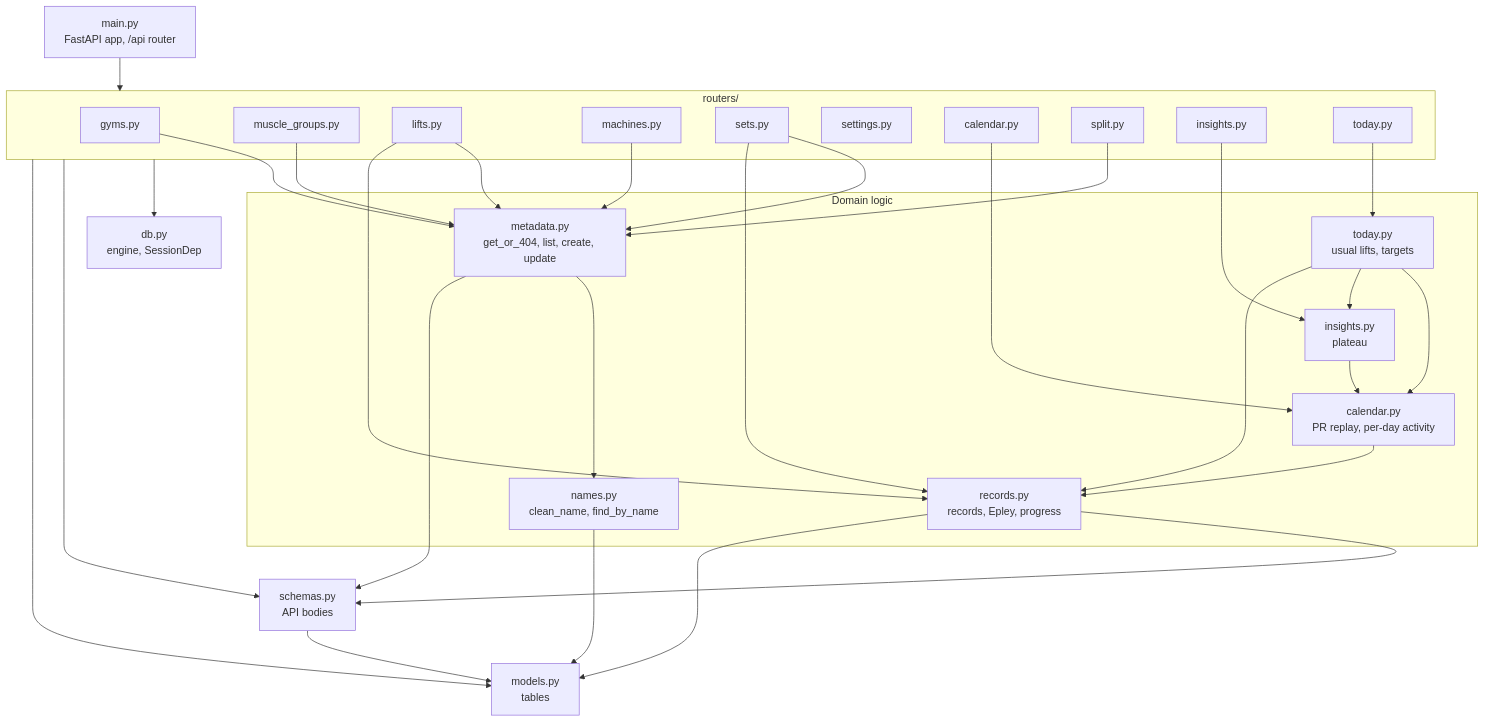
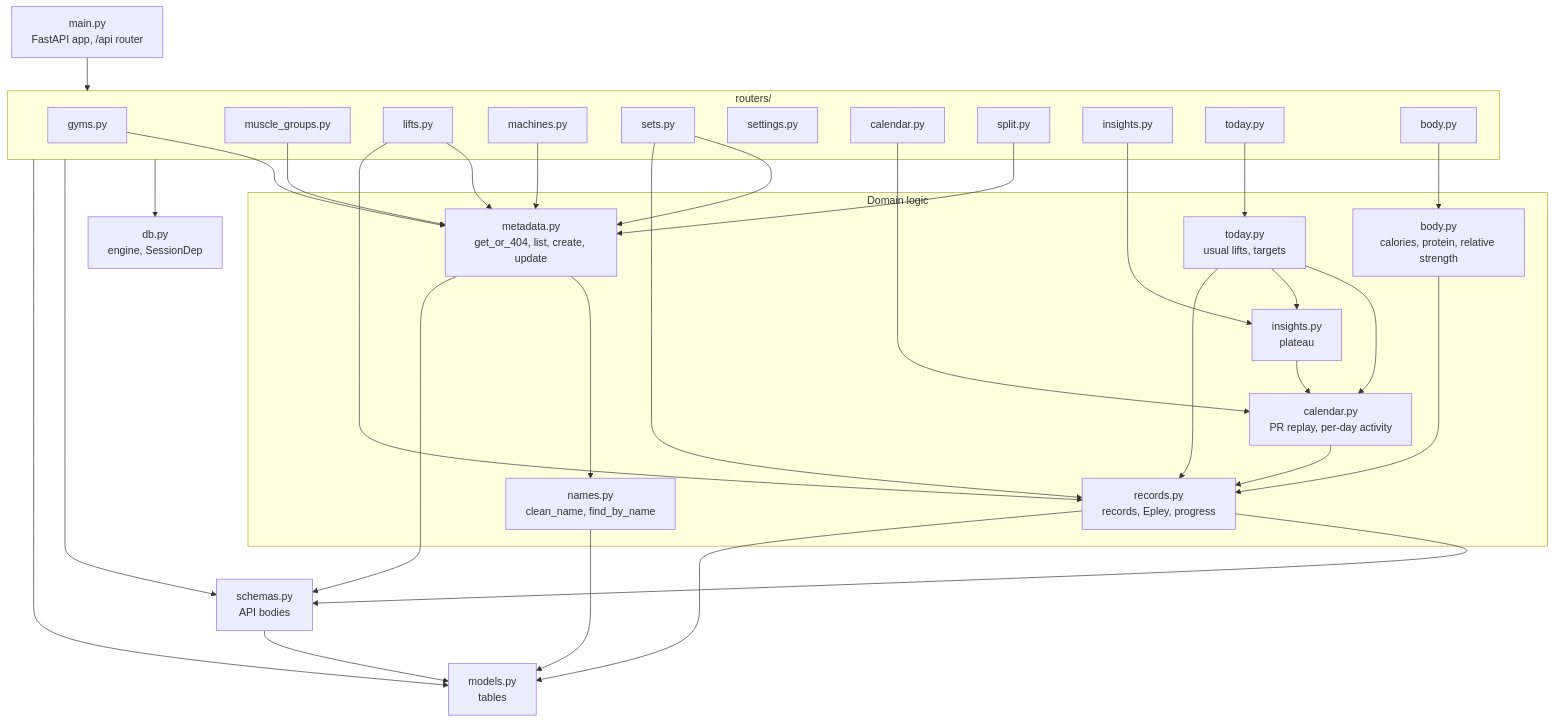
One commit to coopermay/fitness-tracker changed the first of 2 diagrams in docs/04-backend/README.md. Above: the diagram before and after it, drawn with Mermaid. The commit also changed 39 other files, not shown here.

First line of the commit message:
Body stats in settings: calories, protein and relative strength

````diff
--- a/docs/04-backend/README.md
+++ b/docs/04-backend/README.md
@@ -22,49 +22,53 @@
 ```mermaid
 flowchart TD
     main["main.py<br/>FastAPI app, /api router"]
 
     subgraph routers["routers/"]
         r_gyms["gyms.py"]
         r_mg["muscle_groups.py"]
         r_lifts["lifts.py"]
         r_machines["machines.py"]
         r_sets["sets.py"]
         r_settings["settings.py"]
         r_cal["calendar.py"]
         r_split["split.py"]
         r_ins["insights.py"]
         r_today["today.py"]
+        r_body["body.py"]
     end
 
     subgraph domain["Domain logic"]
         metadata["metadata.py<br/>get_or_404, list, create, update"]
         names["names.py<br/>clean_name, find_by_name"]
         records["records.py<br/>records, Epley, progress"]
         calendar["calendar.py<br/>PR replay, per-day activity"]
         insights["insights.py<br/>plateau"]
         today["today.py<br/>usual lifts, targets"]
+        bodystats["body.py<br/>calories, protein, relative strength"]
     end
 
     db["db.py<br/>engine, SessionDep"]
     schemas["schemas.py<br/>API bodies"]
     models["models.py<br/>tables"]
 
     main --> routers
     r_gyms & r_mg & r_machines --> metadata
     r_lifts --> metadata & records
     r_sets --> metadata & records
     r_split --> metadata
     r_cal --> calendar
     r_ins --> insights
     r_today --> today
+    r_body --> bodystats
+    bodystats --> records
     today --> calendar & insights & records
     routers --> db & schemas & models
 
     metadata --> names
     metadata --> schemas
     names --> models
     records --> schemas & models
     calendar --> records
     insights --> calendar
     schemas --> models
 ```
````
